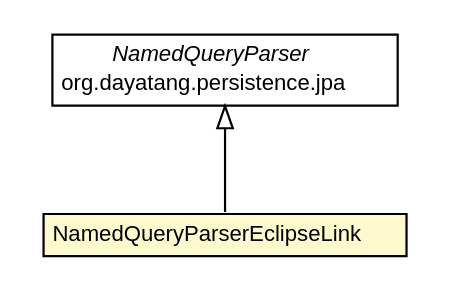
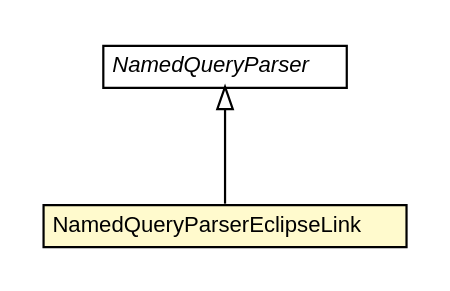
Before and after one commit to dayatang/dddlib: the diagram in dddlib-persistence/dddlib-persistence-jpa/apidocs/org/dayatang/persistence/jpa/namedqueryparser/NamedQueryParserEclipseLink.dot, drawn with Graphviz. The commit also changed 144 other files, not shown here.

```diff
--- a/dddlib-persistence/dddlib-persistence-jpa/apidocs/org/dayatang/persistence/jpa/namedqueryparser/NamedQueryParserEclipseLink.dot
+++ b/dddlib-persistence/dddlib-persistence-jpa/apidocs/org/dayatang/persistence/jpa/namedqueryparser/NamedQueryParserEclipseLink.dot
@@ -1,27 +1,26 @@
 #!/usr/local/bin/dot
 #
 # Class diagram 
 # Generated by UMLGraph version R5_6_6-8-g8d7759 (http://www.umlgraph.org/)
 #
 
 digraph G {
 	edge [fontname="Helvetica",fontsize=10,labelfontname="Helvetica",labelfontsize=10];
 	node [fontname="Helvetica",fontsize=10,shape=plaintext];
 	nodesep=0.25;
 	ranksep=0.5;
 	// org.dayatang.persistence.jpa.NamedQueryParser
-	c74 [label=<<table title="org.dayatang.persistence.jpa.NamedQueryParser" border="0" cellborder="1" cellspacing="0" cellpadding="2" port="p" href="../NamedQueryParser.html">
+	c38 [label=<<table title="org.dayatang.persistence.jpa.NamedQueryParser" border="0" cellborder="1" cellspacing="0" cellpadding="2" port="p" href="../NamedQueryParser.html">
 		<tr><td><table border="0" cellspacing="0" cellpadding="1">
 <tr><td align="center" balign="center"><font face="Helvetica-Oblique"> NamedQueryParser </font></td></tr>
-<tr><td align="center" balign="center"> org.dayatang.persistence.jpa </td></tr>
 		</table></td></tr>
 		</table>>, URL="../NamedQueryParser.html", fontname="Helvetica", fontcolor="black", fontsize=10.0];
 	// org.dayatang.persistence.jpa.namedqueryparser.NamedQueryParserEclipseLink
-	c79 [label=<<table title="org.dayatang.persistence.jpa.namedqueryparser.NamedQueryParserEclipseLink" border="0" cellborder="1" cellspacing="0" cellpadding="2" port="p" bgcolor="lemonChiffon" href="./NamedQueryParserEclipseLink.html">
+	c43 [label=<<table title="org.dayatang.persistence.jpa.namedqueryparser.NamedQueryParserEclipseLink" border="0" cellborder="1" cellspacing="0" cellpadding="2" port="p" bgcolor="lemonChiffon" href="./NamedQueryParserEclipseLink.html">
 		<tr><td><table border="0" cellspacing="0" cellpadding="1">
 <tr><td align="center" balign="center"> NamedQueryParserEclipseLink </td></tr>
 		</table></td></tr>
 		</table>>, URL="./NamedQueryParserEclipseLink.html", fontname="Helvetica", fontcolor="black", fontsize=10.0];
 	//org.dayatang.persistence.jpa.namedqueryparser.NamedQueryParserEclipseLink extends org.dayatang.persistence.jpa.NamedQueryParser
-	c74:p -> c79:p [dir=back,arrowtail=empty];
+	c38:p -> c43:p [dir=back,arrowtail=empty];
 }
```
